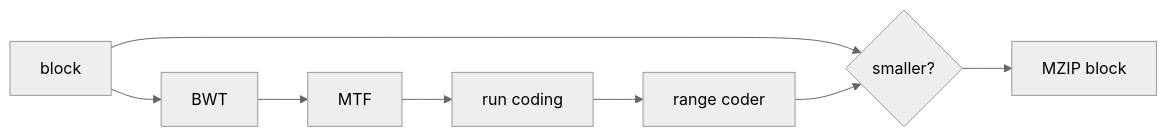
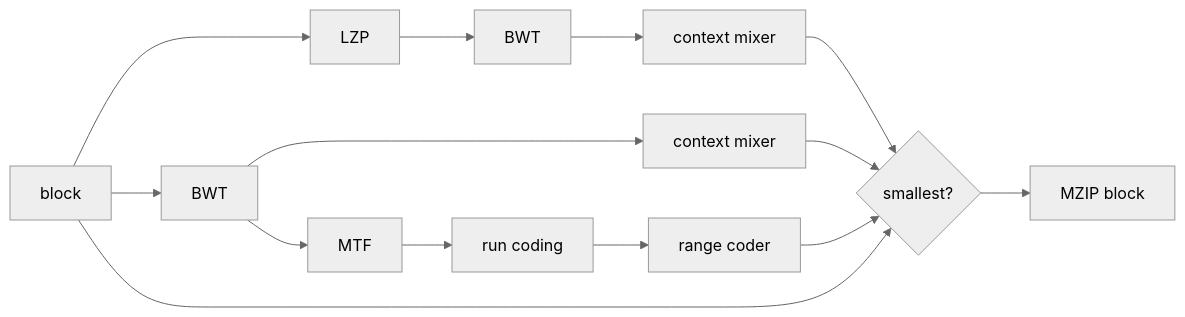
One commit to muhohum/mzip changed the diagram in ALGORITHM.md. Above: the diagram before and after it, drawn with Mermaid (neutral theme). The commit also changed other lines of this file and 9 other files, not shown here.

Commit message:
mzip 2.0: context-mixing coder, LZP dedup stages, smart ratio profile

````diff
--- a/ALGORITHM.md
+++ b/ALGORITHM.md
@@ -13,10 +18,10 @@
 ```mermaid
 flowchart LR
-    A[block] --> B[BWT]
-    B --> C[MTF]
-    C --> D[run coding]
-    D --> E[range coder]
-    A --> F{smaller?}
-    E --> F
+    A[block] --> L[LZP]
+    L --> B2[BWT] --> M2[context mixer] --> F
+    A --> B1[BWT]
+    B1 --> M1[context mixer] --> F
+    B1 --> C[MTF] --> D[run coding] --> E[range coder] --> F
+    A --> F{smallest?}
     F --> G[MZIP block]
 ```
````
